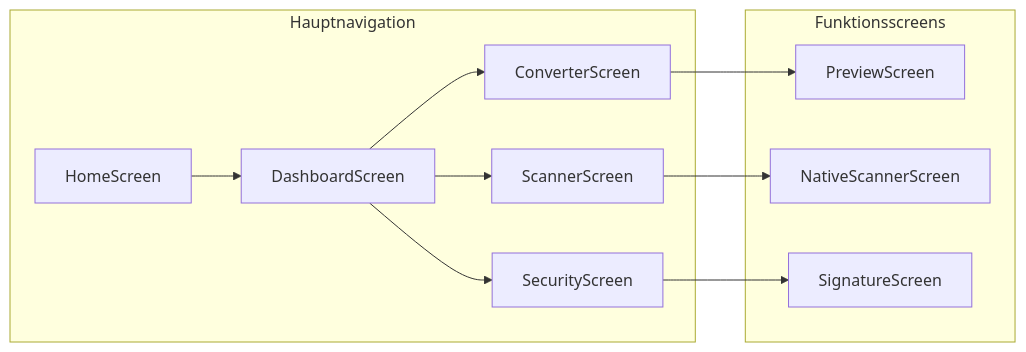
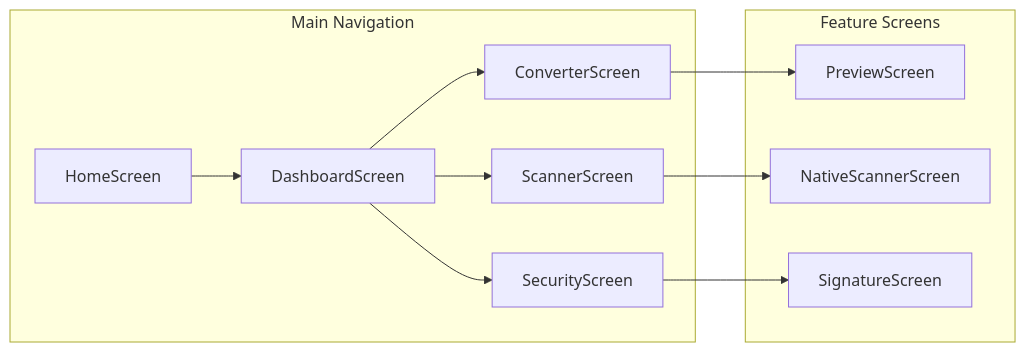
The second of 6 diagrams in ARCHITECTURE.md (Nishanth619/PDF-_Gen), drawn with Mermaid before and after one commit. The commit also changed other lines of this file and 4 other files, not shown here.

````diff
--- a/ARCHITECTURE.md
+++ b/ARCHITECTURE.md
@@ -62,15 +62,15 @@
 ```mermaid
 graph LR
-    subgraph Hauptnavigation
+    subgraph Main Navigation
         H[HomeScreen] --> D[DashboardScreen]
         D --> C[ConverterScreen]
         D --> SC[ScannerScreen]
         D --> SEC[SecurityScreen]
     end
     
-    subgraph Funktionsscreens
+    subgraph Feature Screens
         C --> P[PreviewScreen]
         SC --> N[NativeScannerScreen]
         SEC --> SIG[SignatureScreen]
     end
 ```
````
